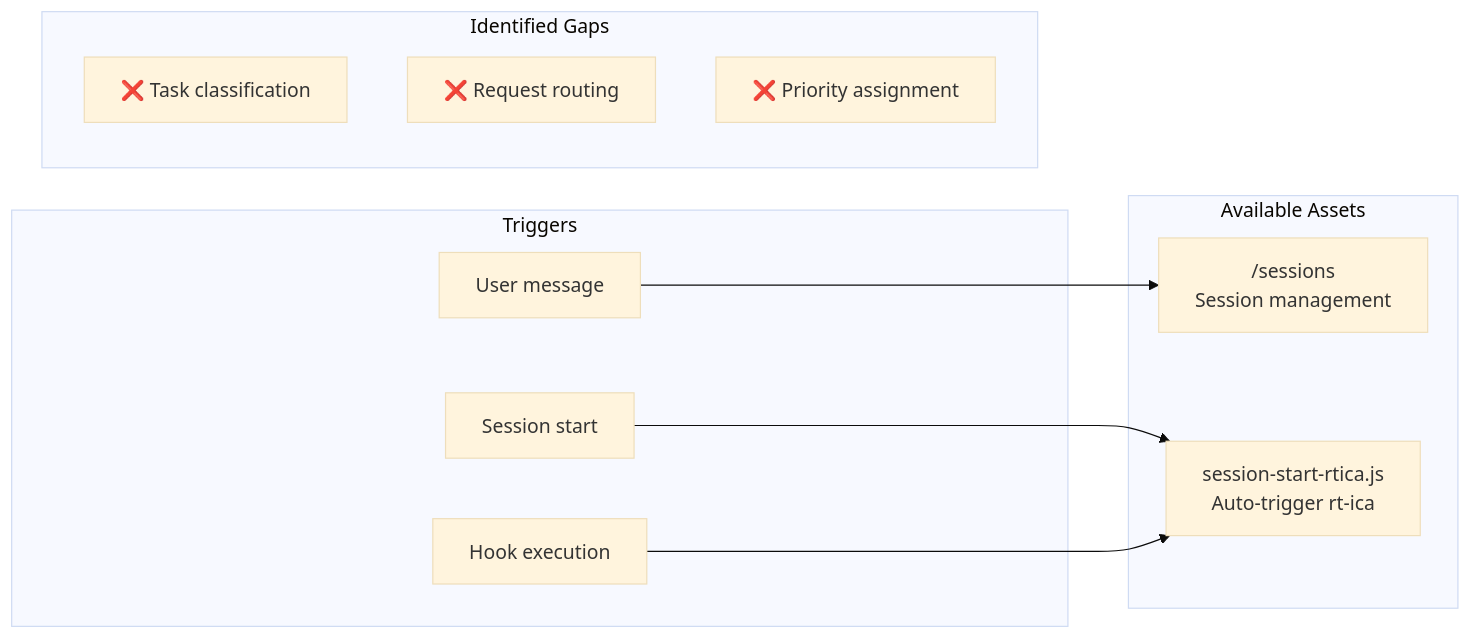
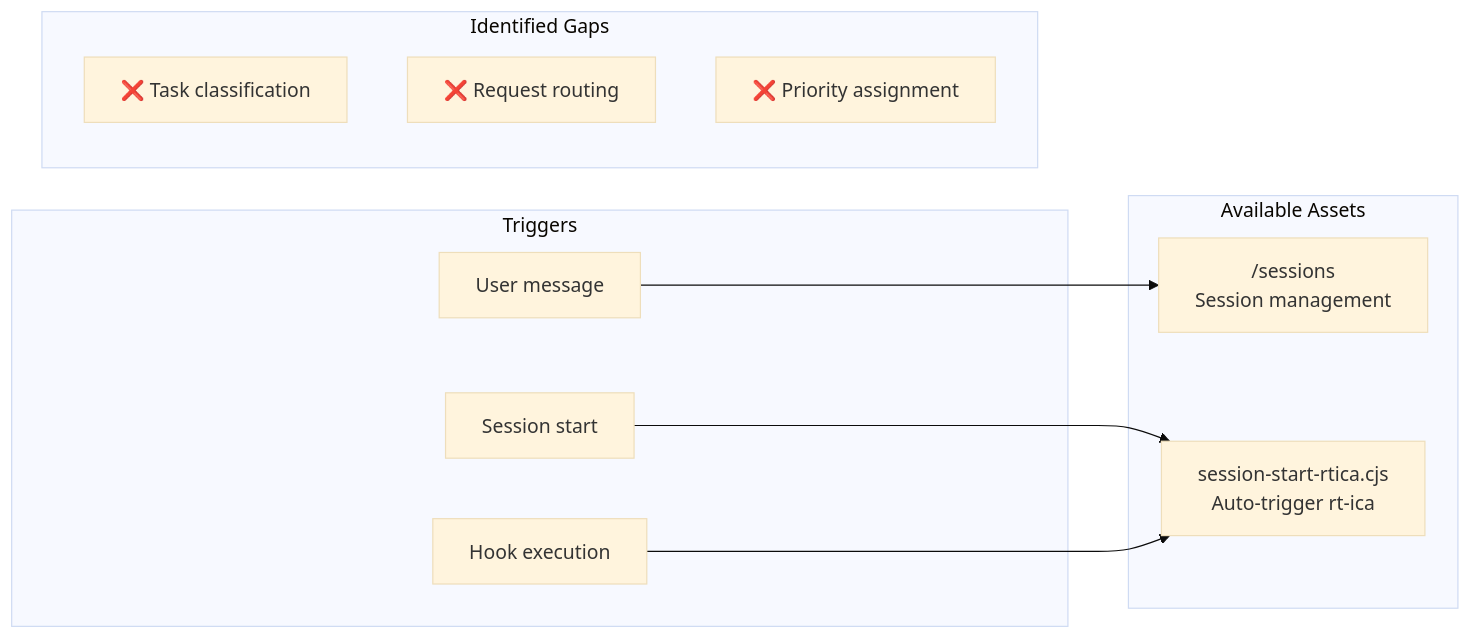
The second of 7 diagrams in .claude/knowledge/workflow-diagrams/master-workflow.md (chgreer1070/claude_skills), drawn with Mermaid (base theme) before and after one commit. The commit also changed other lines of this file and 24 other files, not shown here.

````diff
--- a/.claude/knowledge/workflow-diagrams/master-workflow.md
+++ b/.claude/knowledge/workflow-diagrams/master-workflow.md
@@ -68,23 +68,23 @@
 ```mermaid
 flowchart LR
     subgraph TRIGGER["Triggers"]
         T1["User message"]
         T2["Session start"]
         T3["Hook execution"]
     end
 
     subgraph ASSETS["Available Assets"]
         A1["/sessions<br/>Session management"]
-        A2["session-start-rtica.js<br/>Auto-trigger rt-ica"]
+        A2["session-start-rtica.cjs<br/>Auto-trigger rt-ica"]
     end
 
     subgraph GAPS["Identified Gaps"]
         G1["❌ Task classification"]
         G2["❌ Request routing"]
         G3["❌ Priority assignment"]
     end
 
     T1 --> A1
     T2 --> A2
     T3 --> A2
 ```
````
